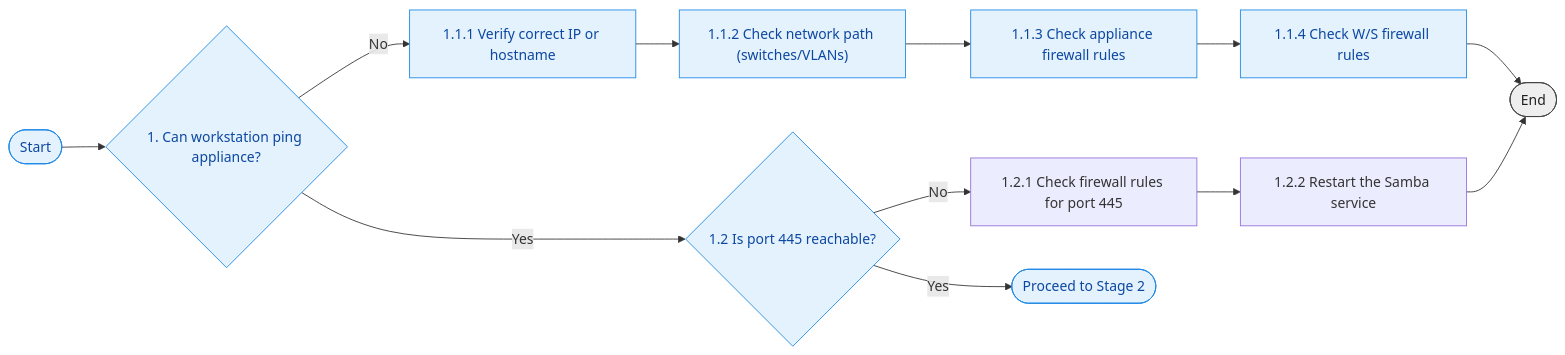
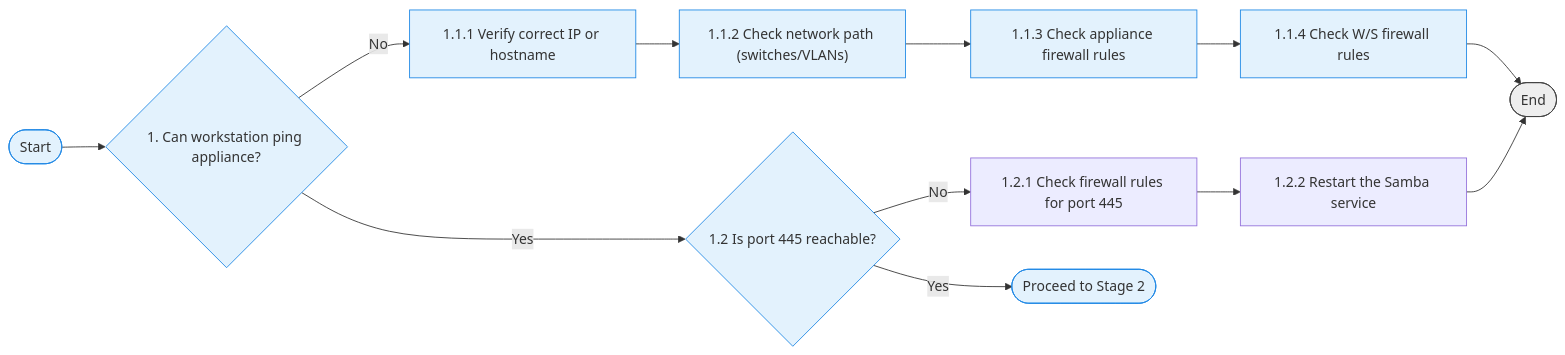
The first of 2 diagrams in docs/appendices/img/stage1.md (rikosintie/Haas_Data_collect), drawn with Mermaid before and after one commit. The commit also changed other lines of this file and 2 other files, not shown here.

Commit message:
Git Title: docs/appendices/img/stage1.md, stage2.md, stage3.md
Git Description:
Changed color of text to be easier to read

````diff
--- a/docs/appendices/img/stage1.md
+++ b/docs/appendices/img/stage1.md
@@ -1,29 +1,29 @@
 ```mermaid
 flowchart LR
 
-    classDef stage1 fill:#e3f2fd,stroke:#1e88e5,stroke-width:1px,color:#0d47a1;
-    classDef terminal fill:#eeeeee,stroke:#424242,color:#212121;
+    classDef stage1 fill:#e3f2fd,stroke:#1e88e5,stroke-width:1px,color:#0d47a1 !important;
+    classDef terminal fill:#eeeeee,stroke:#424242,color:#212121 !important;
 
     A([Start]) --> B{1. Can workstation ping appliance?}
     class A,B stage1
 
     %% Cannot reach server
     B -->|No| C["1.1.1 Verify correct IP or hostname"]
     C --> D["1.1.2 Check network path (switches/VLANs)"]
     D --> E["1.1.3 Check appliance firewall rules"]
     E --> F["1.1.4 Check W/S firewall rules"]
     F --> Z([End])
     class C,D,E,F stage1
     class Z terminal
 
     %% Can reach server
     B -->|Yes| G{1.2 Is port 445 reachable?}
     class G stage1
 
     G -->|No| H["1.2.1 Check firewall rules for port 445"]
     H --> I["1.2.2 Restart the Samba service"]
     I --> Z
 
     G -->|Yes| J([Proceed to Stage 2])
     class J stage1
 ```
````
